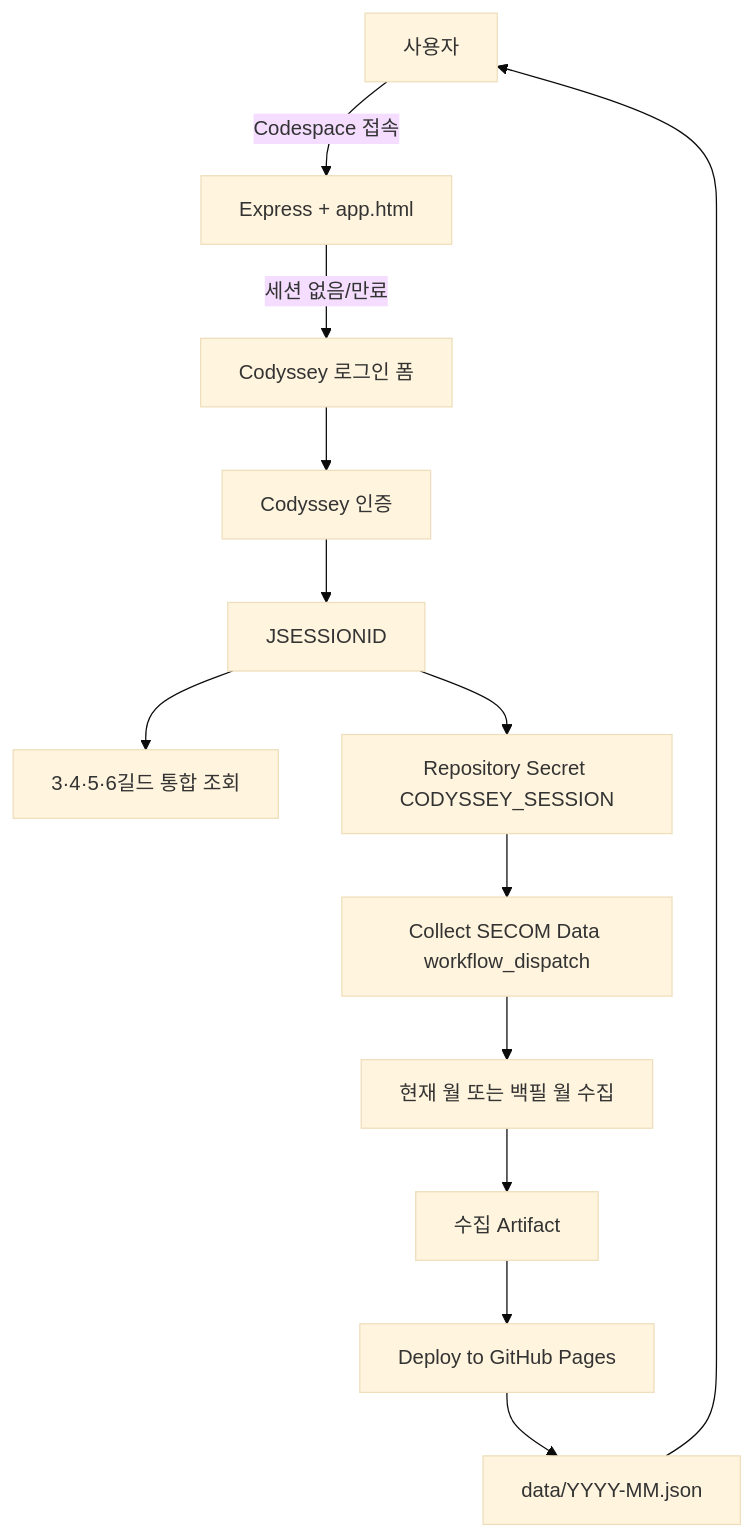
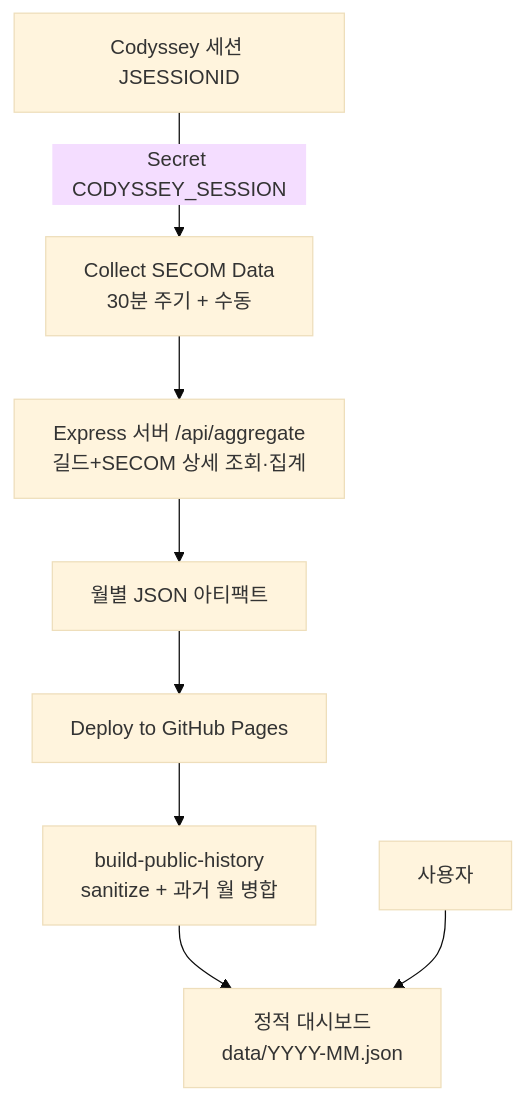
One commit to giyeop-cody/codyssey_Jail_Tracker changed the diagram in README.md. Above: the diagram before and after it, drawn with Mermaid (base theme). The commit also changed other lines of this file, not shown here.

````diff
--- a/README.md
+++ b/README.md
@@ -97,15 +57,10 @@
 ```mermaid
 flowchart TD
-    U[사용자] -->|Codespace 접속| APP[Express + app.html]
-    APP -->|세션 없음/만료| LOGIN[Codyssey 로그인 폼]
-    LOGIN --> AUTH[Codyssey 인증]
-    AUTH --> COOKIE[JSESSIONID]
-    COOKIE --> LIVE[3·4·5·6길드 통합 조회]
-    COOKIE --> SECRET[Repository Secret CODYSSEY_SESSION]
-    SECRET --> DISPATCH[Collect SECOM Data workflow_dispatch]
-    DISPATCH --> COLLECT[현재 월 또는 백필 월 수집]
-    COLLECT --> ARTIFACT[수집 Artifact]
-    ARTIFACT --> PAGES[Deploy to GitHub Pages]
-    PAGES --> HISTORY[data/YYYY-MM.json]
-    HISTORY --> U
+    LOGIN[Codyssey 세션 JSESSIONID] -->|Secret CODYSSEY_SESSION| COLLECT[Collect SECOM Data<br/>30분 주기 + 수동]
+    COLLECT --> AGG[Express 서버 /api/aggregate<br/>길드+SECOM 상세 조회·집계]
+    AGG --> ART[월별 JSON 아티팩트]
+    ART --> PAGES[Deploy to GitHub Pages]
+    PAGES --> BUILD[build-public-history<br/>sanitize + 과거 월 병합]
+    BUILD --> SITE[정적 대시보드<br/>data/YYYY-MM.json]
+    USER[사용자] --> SITE
 ```
````
